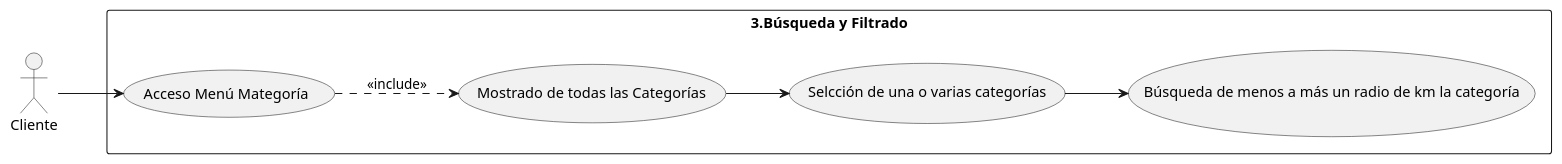
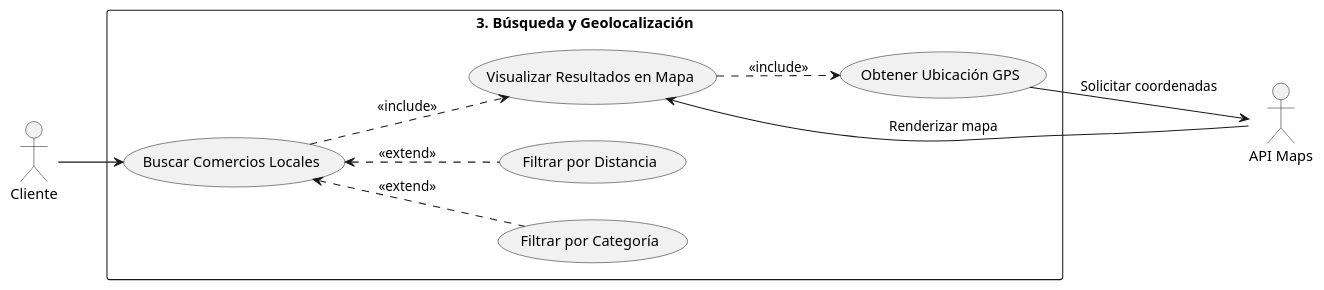
The diagram in 3.Búsqueda y Filtrado.puml (cnordia/Casos-de-usos), drawn with PlantUML before and after one commit. The commit also changed 12 other files, not shown here.

```diff
--- a/3.Búsqueda y Filtrado.puml
+++ b/3.Búsqueda y Filtrado.puml
@@ -1,23 +1,31 @@
 @startuml
 left to right direction
 skinparam packageStyle rectangle
 
+actor "Cliente" as C
+actor "API Maps" as MAPS
 
-actor "Cliente" as C
+rectangle "3. Búsqueda y Geolocalización" {
+  
+  (Buscar Comercios Locales) as UC_Buscar
+  
+  (Filtrar por Categoría) as UC_Filtrar
+  (Filtrar por Distancia) as UC_Dist
+  
+  (Visualizar Resultados en Mapa) as UC_VerMapa
+  (Obtener Ubicación GPS) as UC_GPS
+}
 
+C --> UC_Buscar
 
-rectangle "3.Búsqueda y Filtrado" {
-  
-  (Acceso Menú Mategoría) as UC1
-  (Mostrado de todas las Categorías) as UC2
-  (Selcción de una o varias categorías) as UC3
-  (Búsqueda de menos a más un radio de km la categoría) as UC4
- }
-  
+UC_Buscar <.. UC_Filtrar : <<extend>>
+UC_Buscar <.. UC_Dist : <<extend>>
 
-C --> UC1
-UC1 ..> UC2: <<include>>
-UC2 --> UC3
-UC3 --> UC4
+UC_Buscar ..> UC_VerMapa : <<include>>
+
+UC_VerMapa ..> UC_GPS : <<include>>
+
+UC_VerMapa <-- MAPS : Renderizar mapa
+UC_GPS --> MAPS : Solicitar coordenadas
 
 @enduml
```
